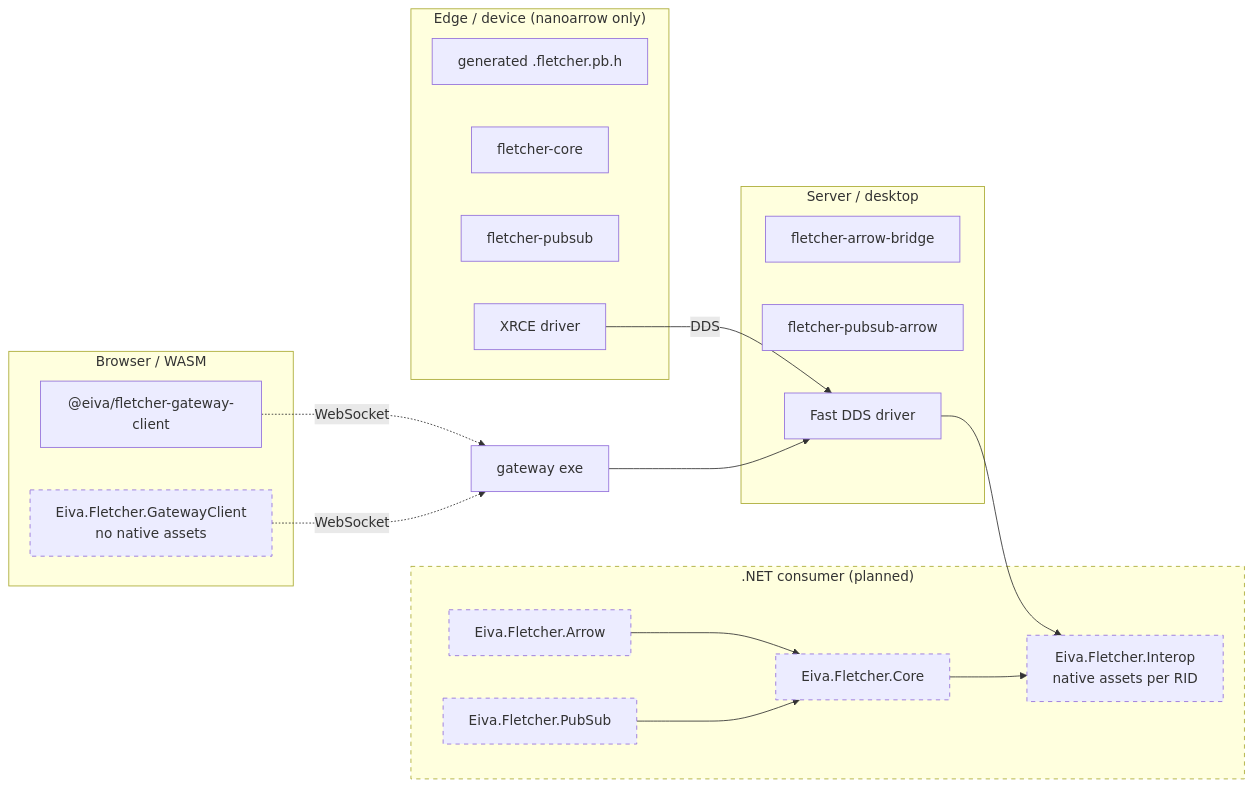
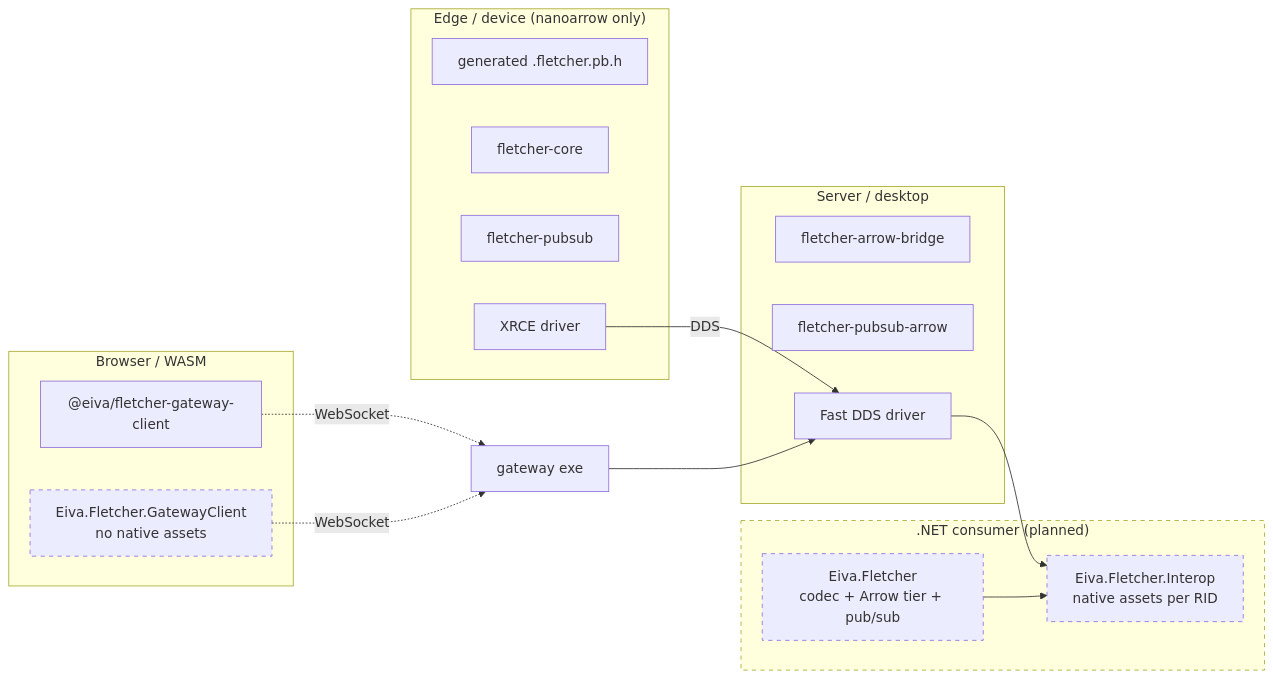
One commit to eivacom/Fletcher changed the ninth of 9 diagrams in plans/BIND-architecture-diagrams.md. Above: the diagram before and after it, drawn with Mermaid. The commit also changed other lines of this file, not shown here.

````diff
--- a/plans/BIND-architecture-diagrams.md
+++ b/plans/BIND-architecture-diagrams.md
@@ -456,36 +465,32 @@
 ```mermaid
 flowchart LR
     subgraph edge["Edge / device (nanoarrow only)"]
         E1["generated .fletcher.pb.h"]
         E2["fletcher-core"]
         E3["fletcher-pubsub"]
         E4["XRCE driver"]
     end
     subgraph server["Server / desktop"]
         S1["fletcher-arrow-bridge"]
         S2["fletcher-pubsub-arrow"]
         S3["Fast DDS driver"]
     end
     subgraph dotnet[".NET consumer (planned)"]
-        D1["Eiva.Fletcher.Core"]
+        D1["Eiva.Fletcher<br/>codec + Arrow tier + pub/sub"]
         D2["Eiva.Fletcher.Interop<br/>native assets per RID"]
-        D3["Eiva.Fletcher.Arrow"]
-        D4["Eiva.Fletcher.PubSub"]
     end
     subgraph browser["Browser / WASM"]
         B1["@eiva/fletcher-gateway-client"]
         B2["Eiva.Fletcher.GatewayClient<br/>no native assets"]
     end
 
     E4 -->|DDS| S3
     S3 --> D2
     D1 --> D2
-    D3 --> D1
-    D4 --> D1
     B1 -.->|WebSocket| GW["gateway exe"]
     B2 -.->|WebSocket| GW
     GW --> S3
 
     classDef planned stroke-dasharray: 5 5
-    class dotnet,D1,D2,D3,D4,B2 planned
+    class dotnet,D1,D2,B2 planned
 ```
````
